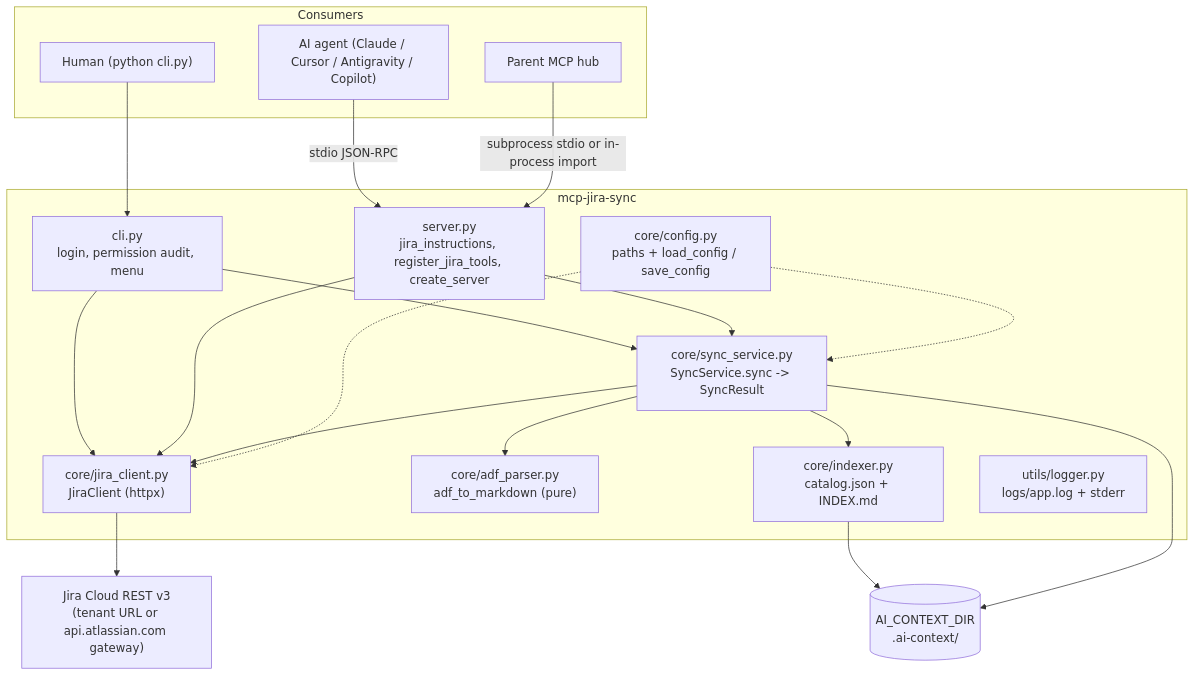
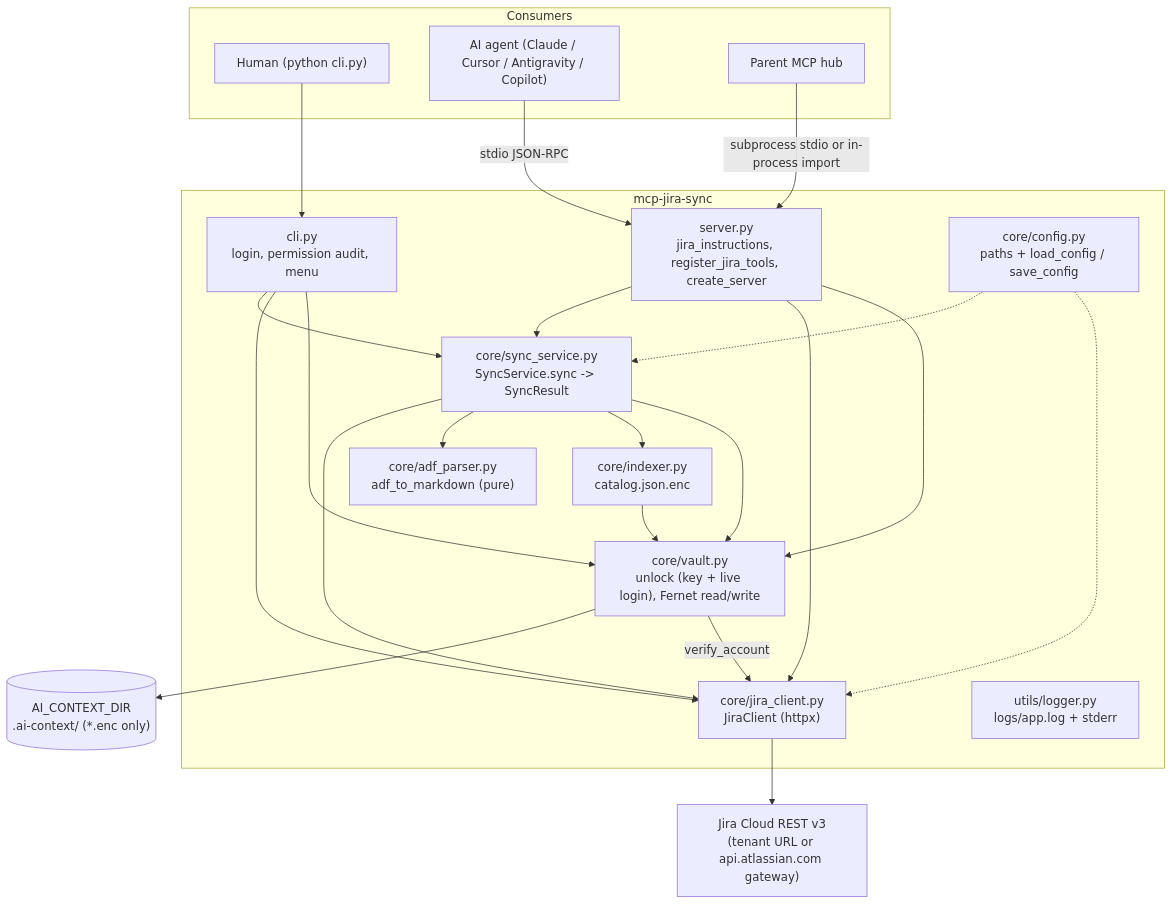
One commit to Ninh-Duong/mcp-jira-sync changed the first of 2 diagrams in docs/ARCHITECTURE.md. Above: the diagram before and after it, drawn with Mermaid. The commit also changed other lines of this file and 24 other files, not shown here.

````diff
--- a/docs/ARCHITECTURE.md
+++ b/docs/ARCHITECTURE.md
@@ -5,36 +5,40 @@
 ```mermaid
 flowchart TD
     subgraph Consumers
         Human["Human (python cli.py)"]
         Agent["AI agent (Claude / Cursor / Antigravity / Copilot)"]
         Hub["Parent MCP hub"]
     end
 
     subgraph App["mcp-jira-sync"]
         CLI["cli.py\nlogin, permission audit, menu"]
         Server["server.py\njira_instructions, register_jira_tools, create_server"]
         Sync["core/sync_service.py\nSyncService.sync -> SyncResult"]
         Client["core/jira_client.py\nJiraClient (httpx)"]
         ADF["core/adf_parser.py\nadf_to_markdown (pure)"]
-        Index["core/indexer.py\ncatalog.json + INDEX.md"]
+        Index["core/indexer.py\ncatalog.json.enc"]
+        Vault["core/vault.py\nunlock (key + live login), Fernet read/write"]
         Config["core/config.py\npaths + load_config / save_config"]
         Log["utils/logger.py\nlogs/app.log + stderr"]
     end
 
     Jira["Jira Cloud REST v3\n(tenant URL or api.atlassian.com gateway)"]
-    Ctx[("AI_CONTEXT_DIR\n.ai-context/")]
+    Ctx[("AI_CONTEXT_DIR\n.ai-context/ (*.enc only)")]
 
     Human --> CLI
     Agent -->|stdio JSON-RPC| Server
     Hub -->|subprocess stdio or in-process import| Server
     CLI --> Sync
     Server --> Sync
     CLI --> Client
     Server --> Client
+    CLI --> Vault
+    Server --> Vault
     Sync --> Client --> Jira
     Sync --> ADF
-    Sync --> Index --> Ctx
-    Sync --> Ctx
+    Sync --> Index --> Vault
+    Sync --> Vault --> Ctx
+    Vault -->|verify_account| Client
     Config -.-> Sync
     Config -.-> Client
 ```
````
